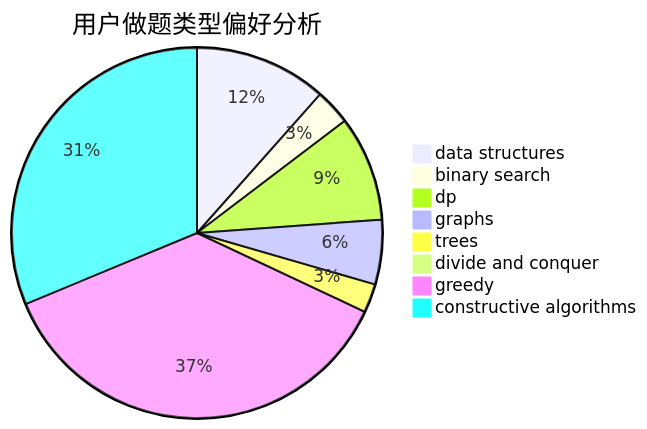
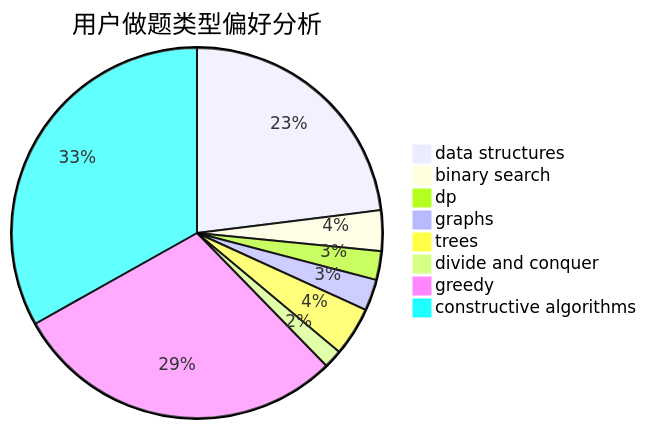
The second of 3 diagrams in docs/user/u1711.md (sherpahu/cfrs.github.io), drawn with Mermaid before and after one commit. The commit also changed other lines of this file and 2770 other files, not shown here.

````diff
--- a/docs/user/u1711.md
+++ b/docs/user/u1711.md
@@ -23,11 +23,11 @@
 ```mermaid
 pie title 用户做题类型偏好分析
-    "data structures" :  78
-    "binary search" :  21
-    "dp" :  62
-    "graphs" :  38
-    "trees" :  17
-    "divide and conquer" :  0
-    "greedy" :  248
-    "constructive algorithms" :  211
+    "data structures" :  312
+    "binary search" :  48
+    "dp" :  34
+    "graphs" :  37
+    "trees" :  58
+    "divide and conquer" :  22
+    "greedy" :  395
+    "constructive algorithms" :  449
 ```
````
